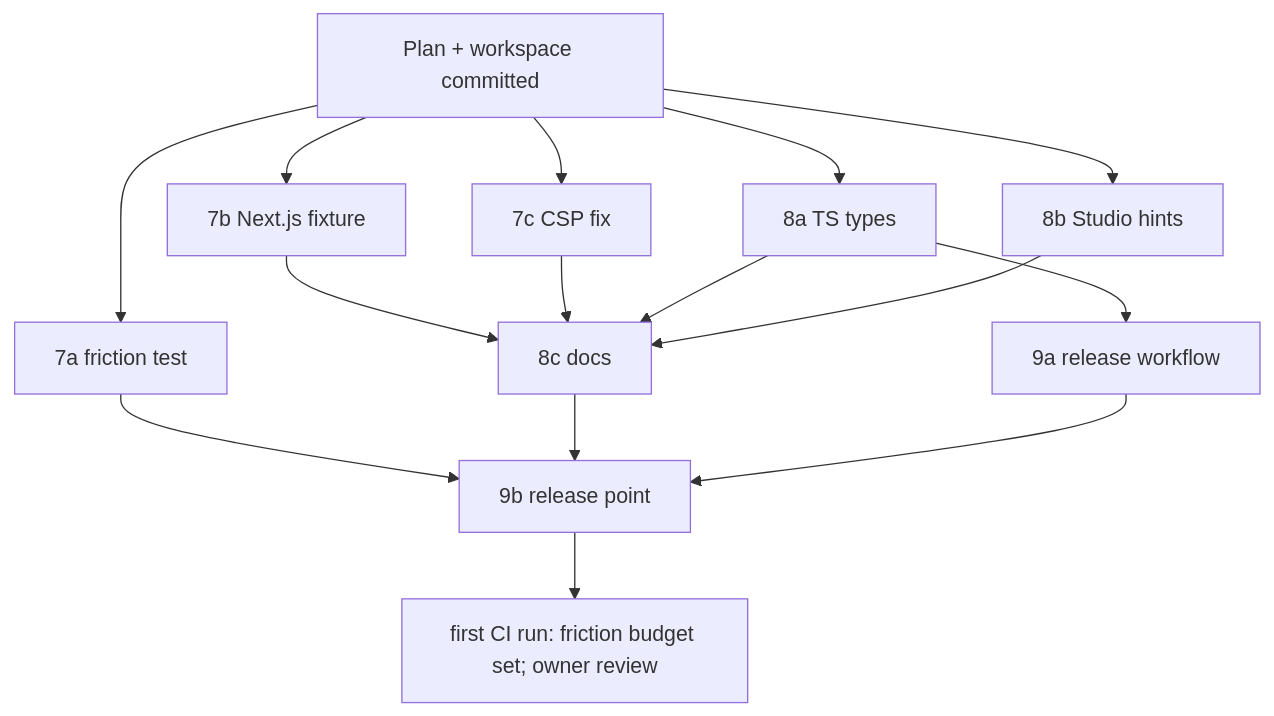
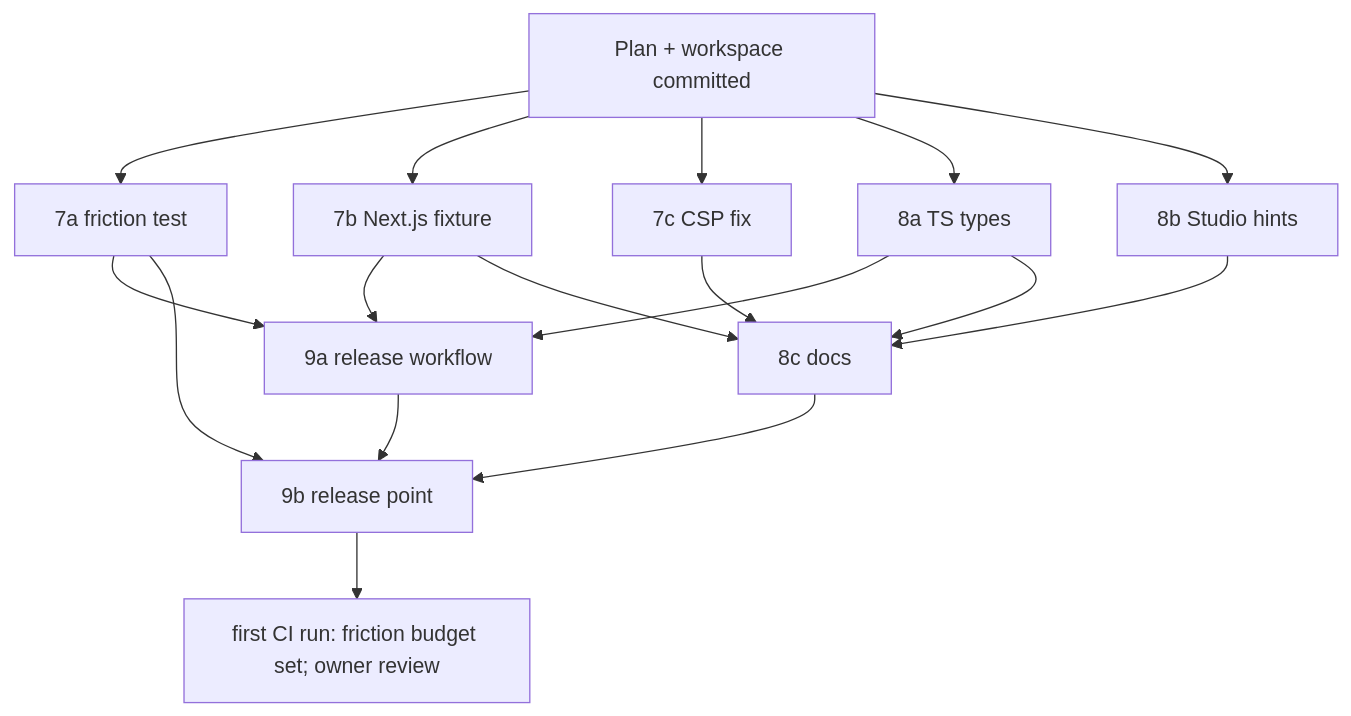
One commit to pterw/font-kit-studio changed the diagram in docs/plans/2026-10-04-r1-pr-c-sdd.md. Above: the diagram before and after it, drawn with Mermaid. The commit also changed other lines of this file and 6 other files, not shown here.

````diff
--- a/docs/plans/2026-10-04-r1-pr-c-sdd.md
+++ b/docs/plans/2026-10-04-r1-pr-c-sdd.md
@@ -325,8 +329,8 @@
 ```mermaid
 flowchart TD
     W0["Plan + workspace committed"] --> T7a["7a friction test"] & T7b["7b Next.js fixture"] & T7c["7c CSP fix"] & T8a["8a TS types"] & T8b["8b Studio hints"]
-    T8a --> T9a["9a release workflow"]
+    T7a & T7b & T8a --> T9a["9a release workflow"]
     T7b & T7c & T8a & T8b --> T8c["8c docs"]
     T7a & T8c & T9a --> T9b["9b release point"]
     T9b --> PR["first CI run: friction budget set; owner review"]
 ```
````
